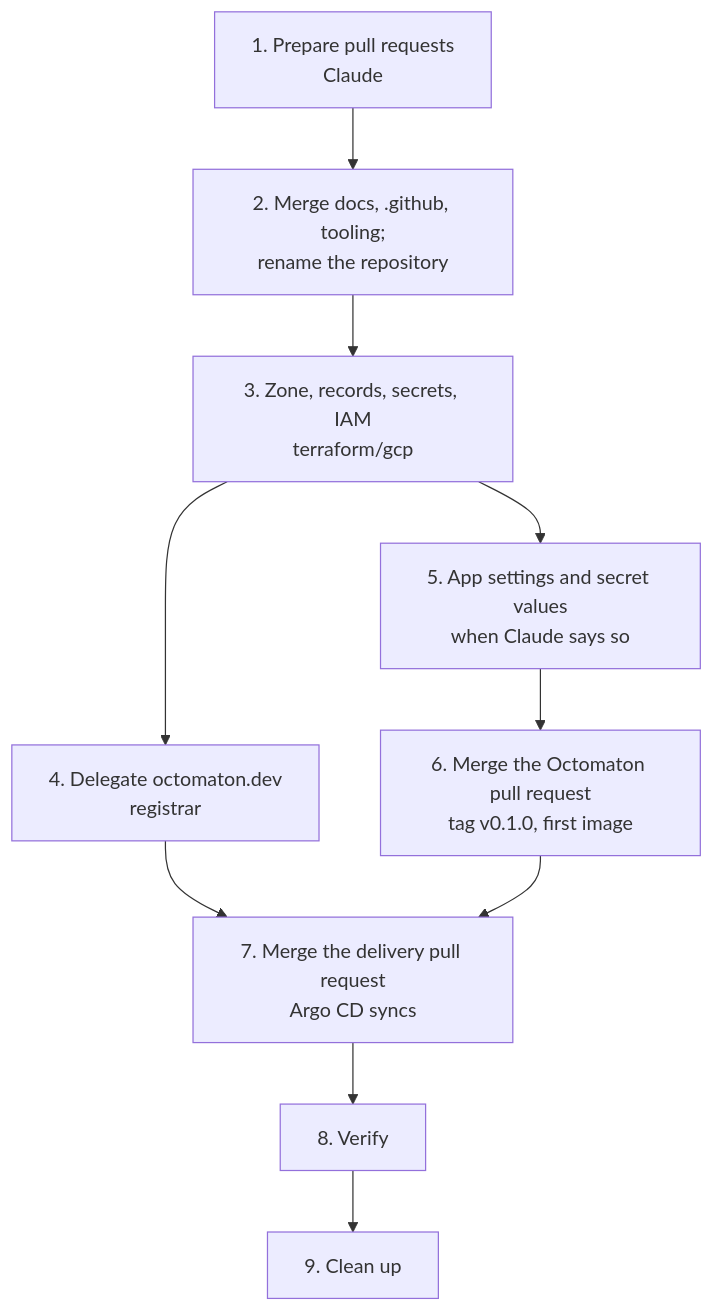
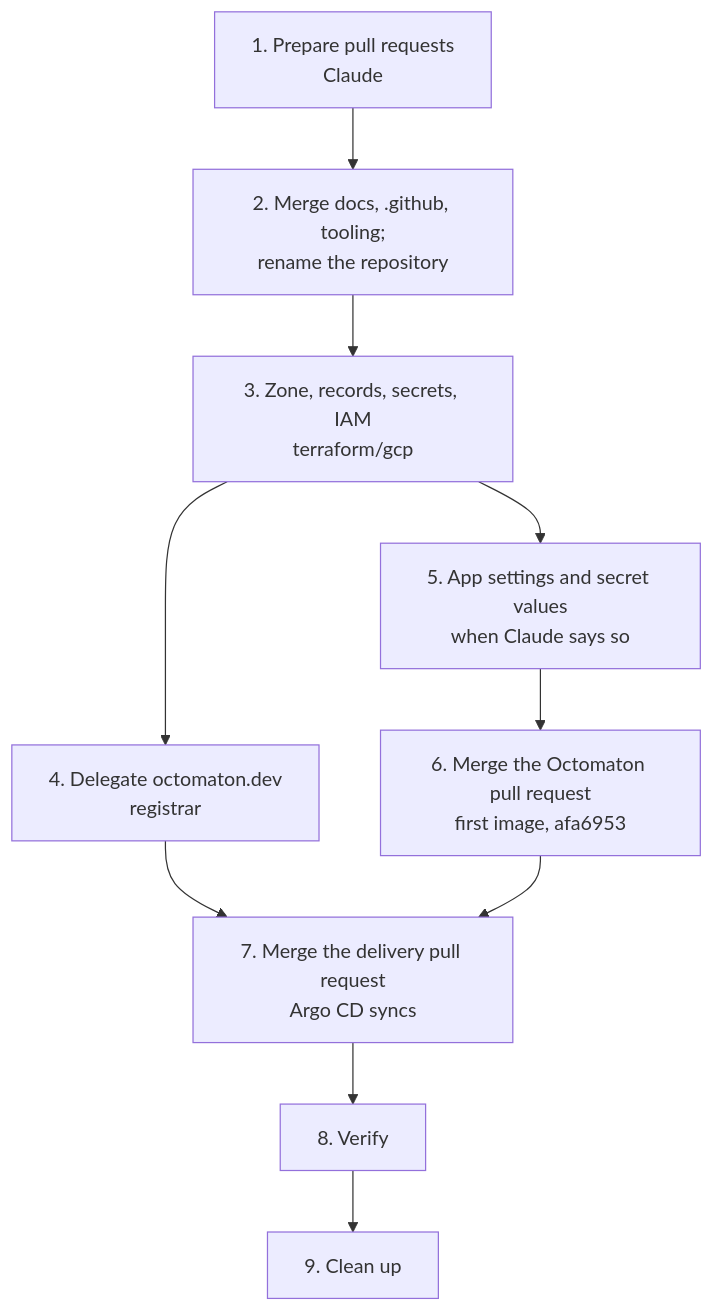
Before and after one commit to arikkfir-org/docs: the diagram in hub/runbooks/octomaton-rename.md, drawn with Mermaid. The commit also changed other lines of this file and 3 other files, not shown here.

````diff
--- a/hub/runbooks/octomaton-rename.md
+++ b/hub/runbooks/octomaton-rename.md
@@ -32,12 +32,12 @@
 ```mermaid
 flowchart TD
   S1["1. Prepare pull requests<br/>Claude"] --> S2["2. Merge docs, .github, tooling;<br/>rename the repository"]
   S2 --> S3["3. Zone, records, secrets, IAM<br/>terraform/gcp"]
   S3 --> S4["4. Delegate octomaton.dev<br/>registrar"]
   S3 --> S5["5. App settings and secret values<br/>when Claude says so"]
-  S5 --> S6["6. Merge the Octomaton pull request<br/>tag v0.1.0, first image"]
+  S5 --> S6["6. Merge the Octomaton pull request<br/>first image, afa6953"]
   S4 --> S7["7. Merge the delivery pull request<br/>Argo CD syncs"]
   S6 --> S7
   S7 --> S8["8. Verify"]
   S8 --> S9["9. Clean up"]
 ```
````
